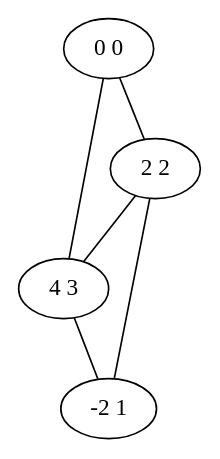
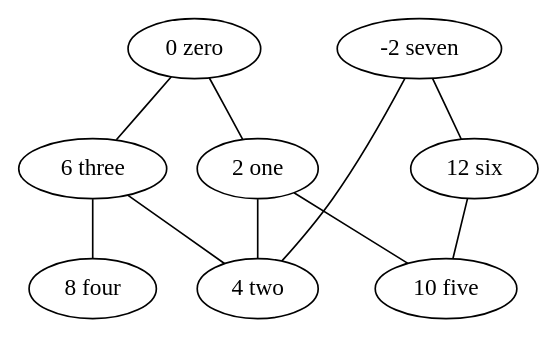
The diagram in 2.gv (Xel4ek/lem_in), drawn with Graphviz before and after one commit. The commit also changed 223 other files, not shown here.

Commit message:
work, /TODO add print graph add viz add some

```diff
--- a/2.gv
+++ b/2.gv
@@ -1,11 +1,19 @@
 graph 3 {
-	"4 3";
-	"-2 1";
-	"0 0";
-	"2 2";
-	"0 0" -- "4 3";
-	"2 2" -- "4 3";
-	"2 2" -- "-2 1";
-	"4 3" -- "-2 1";
-	"0 0" -- "2 2";
+	"0 zero";
+	"2 one";
+	"4 two";
+	"6 three";
+	"8 four";
+	"10 five";
+	"12 six";
+	"-2 seven";
+	"0 zero" -- "2 one";
+	"2 one" -- "4 two";
+	"6 three" -- "4 two";
+	"-2 seven" -- "4 two";
+	"0 zero" -- "6 three";
+	"6 three" -- "8 four";
+	"2 one" -- "10 five";
+	"12 six" -- "10 five";
+	"-2 seven" -- "12 six";
 	}
```
